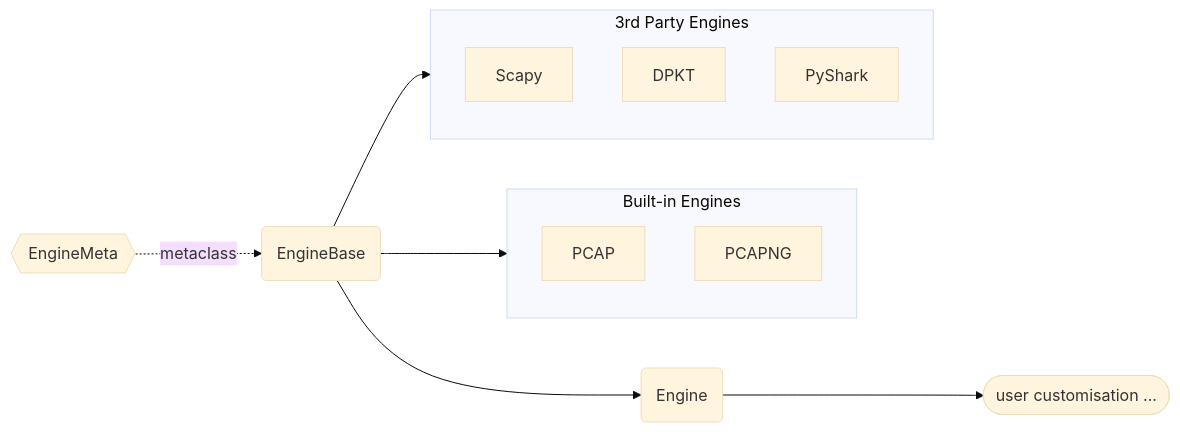
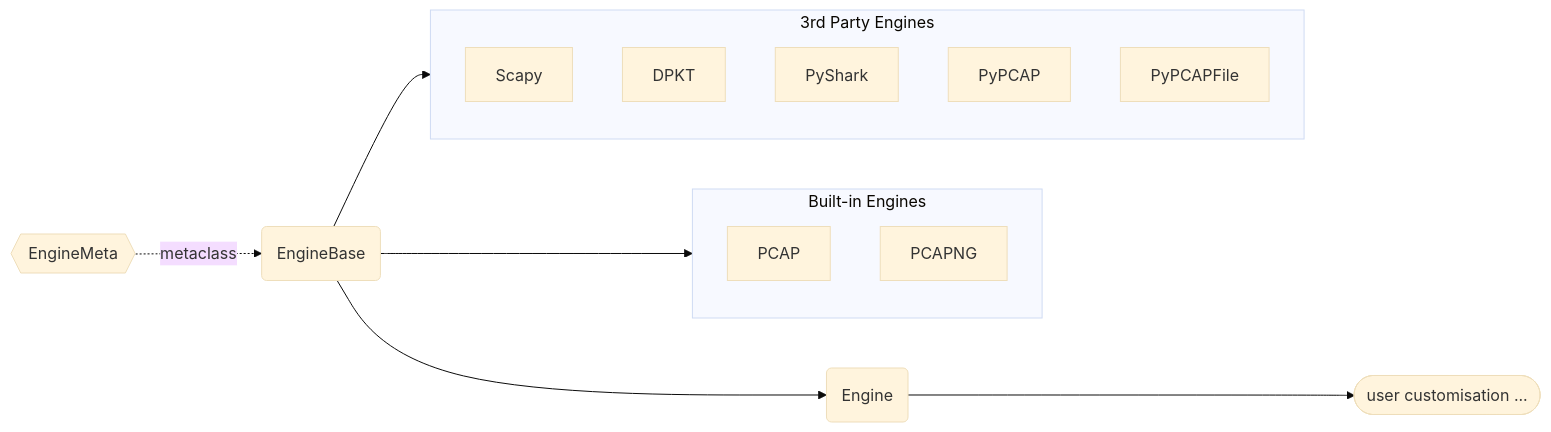
One commit to JarryShaw/PyPCAPKit changed the diagram in docs/source/pcapkit/foundation/engines/index.rst. Above: the diagram before and after it, drawn with Mermaid (base theme). The commit also changed other lines of this file and 19 other files, not shown here.

First line of the commit message:
engines: add pypcap and pypcapfile extraction engines

```diff
--- a/docs/source/pcapkit/foundation/engines/index.rst
+++ b/docs/source/pcapkit/foundation/engines/index.rst
@@ -28,36 +28,40 @@
 .. mermaid::
 
    flowchart LR
        A{{EngineMeta}} -.->|metaclass| B(EngineBase)
 
        subgraph built-in [Built-in Engines]
            %% direction TD
 
            PCAP
            PCAPNG
        end
        B --> built-in
 
        subgraph third-party [3rd Party Engines]
            %% direction TD
 
            Scapy
            DPKT
            PyShark
+           PyPCAP
+           PyPCAPFile
        end
        B --> third-party
 
        B --> C(Engine)
        C --> D([user customisation ...])
 
        click A "/pcapkit/foundation/engines/engine.html#pcapkit.foundation.engines.engine.EngineMeta"
        click B "/pcapkit/foundation/engines/engine.html#pcapkit.foundation.engines.engine.EngineBase"
        click C "/pcapkit/foundation/engines/engine.html#pcapkit.foundation.engines.engine.Engine"
        click D "/ext.html#extractor-engines"
 
        click PCAP "/pcapkit/foundation/engines/builtin.html#pcapkit.foundation.engines.pcap.PCAP"
        click PCAPNG "/pcapkit/foundation/engines/builtin.html#pcapkit.foundation.engines.pcapng.PCAPNG"
 
        click Scapy "/pcapkit/foundation/engines/3rdparty.html#pcapkit.foundation.engines.scapy.Scapy"
        click DPKT "/pcapkit/foundation/engines/3rdparty.html#pcapkit.foundation.engines.dpkt.DPKT"
        click PyShark "/pcapkit/foundation/engines/3rdparty.html#pcapkit.foundation.engines.pyshark.PyShark"
+       click PyPCAP "/pcapkit/foundation/engines/3rdparty.html#pcapkit.foundation.engines.pypcap.PyPCAP"
+       click PyPCAPFile "/pcapkit/foundation/engines/3rdparty.html#pcapkit.foundation.engines.pypcapfile.PyPCAPFile"
```
